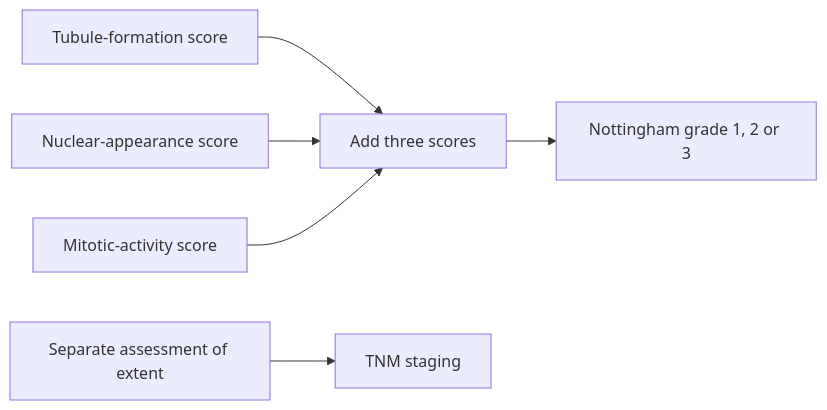
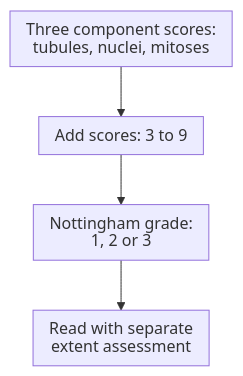
Before and after one commit to jasonLaster/oncoguide: the diagram in wiki/education/concepts/breast-cancer/grade-and-stage/histologic-grade.md, drawn with Mermaid. The commit also changed other lines of this file and 31 other files, not shown here.

````diff
--- a/wiki/education/concepts/breast-cancer/grade-and-stage/histologic-grade.md
+++ b/wiki/education/concepts/breast-cancer/grade-and-stage/histologic-grade.md
@@ -46,8 +48,7 @@
 ```mermaid
-flowchart LR
-    A["Tubule-formation score"] --> D["Add three scores"]
-    B["Nuclear-appearance score"] --> D
-    C["Mitotic-activity score"] --> D
-    D --> E["Nottingham grade 1, 2 or 3"]
-    F["Separate assessment of extent"] --> G["TNM staging"]
+%%{init: {"htmlLabels":false,"flowchart":{"htmlLabels":false,"padding":8,"nodeSpacing":25}}}%%
+flowchart TD
+    A["Three component scores:<br/>tubules, nuclei, mitoses"] --> B["Add scores: 3 to 9"]
+    B --> C["Nottingham grade:<br/>1, 2 or 3"]
+    C --> D["Read with separate<br/>extent assessment"]
 ```
````
